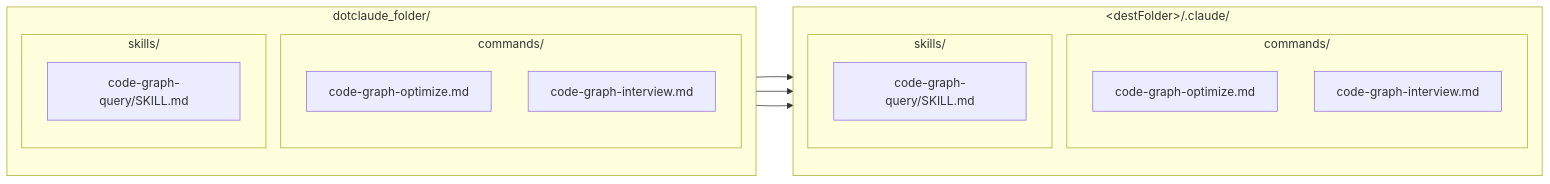
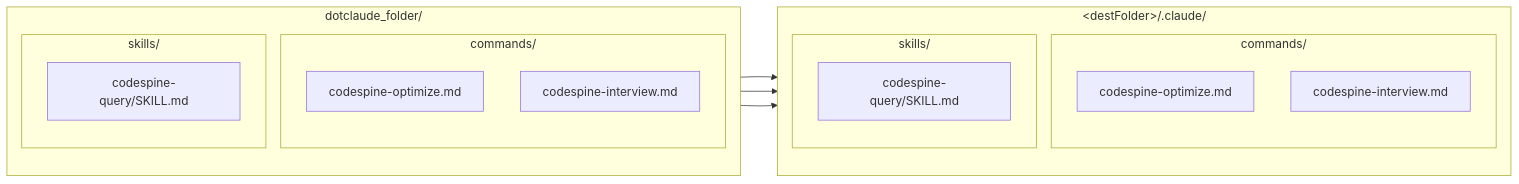
Before and after one commit to jeromeetienne/codespine: the diagram in contribs/docsite/content/en/commands/install.mdx, drawn with Mermaid. The commit also changed other lines of this file and 61 other files, not shown here.

First line of the commit message:
Rename the code-graph commands and skill to the codespine prefix (#160)

````diff
--- a/contribs/docsite/content/en/commands/install.mdx
+++ b/contribs/docsite/content/en/commands/install.mdx
@@ -40,26 +40,26 @@
 ```mermaid
 flowchart LR
     subgraph SRC["dotclaude_folder/"]
         direction TB
         subgraph SRCC["commands/"]
-            SO["code-graph-optimize.md"]
-            SI["code-graph-interview.md"]
+            SO["codespine-optimize.md"]
+            SI["codespine-interview.md"]
         end
         subgraph SRCS["skills/"]
-            SQ["code-graph-query/SKILL.md"]
+            SQ["codespine-query/SKILL.md"]
         end
     end
     subgraph DST["&lt;destFolder&gt;/.claude/"]
         direction TB
         subgraph DSTC["commands/"]
-            DO["code-graph-optimize.md"]
-            DI["code-graph-interview.md"]
+            DO["codespine-optimize.md"]
+            DI["codespine-interview.md"]
         end
         subgraph DSTS["skills/"]
-            DQ["code-graph-query/SKILL.md"]
+            DQ["codespine-query/SKILL.md"]
         end
     end
     SO --> DO
     SI --> DI
     SQ --> DQ
 ```
````
